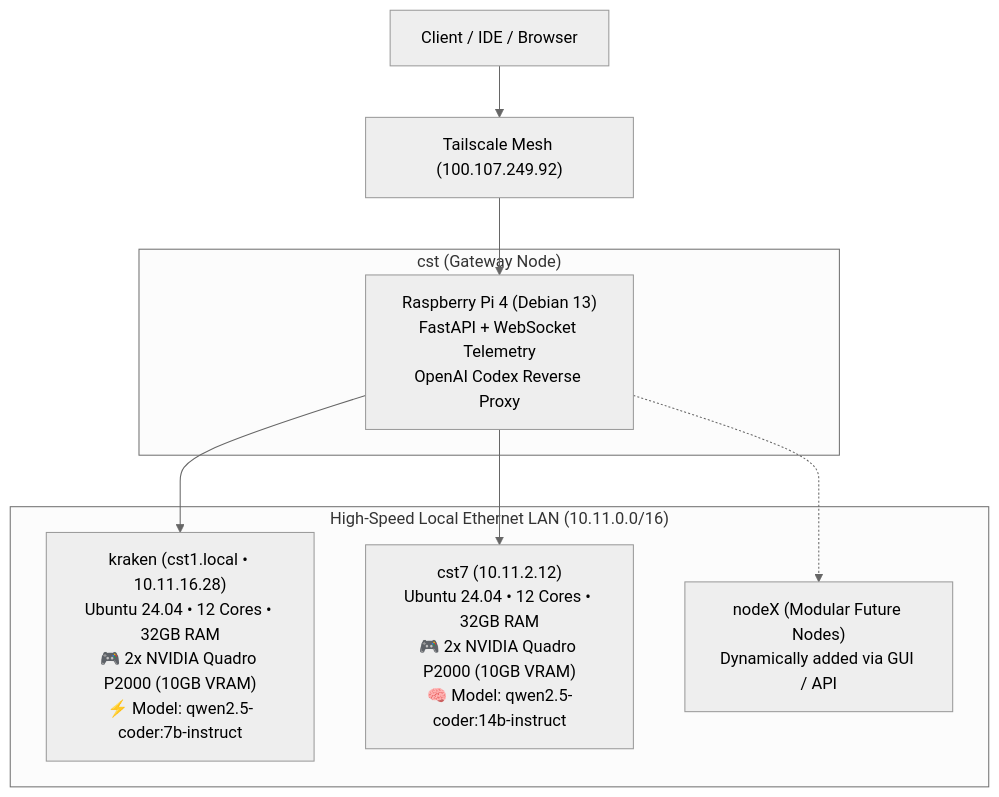
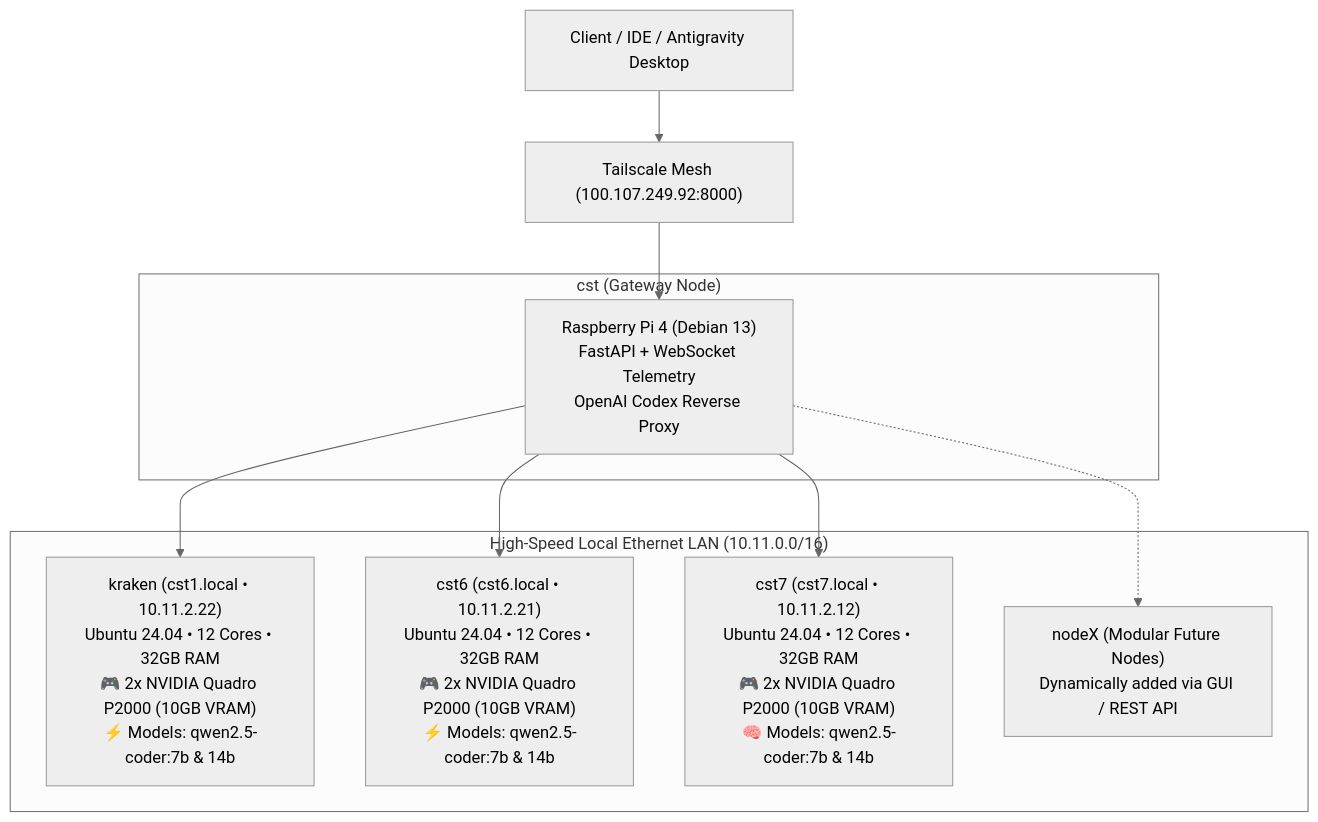
Before and after one commit to EchoedDestiny428/courtesy: the diagram in README.md, drawn with Mermaid (neutral theme). The commit also changed other lines of this file and 8 other files, not shown here.

Commit message:
feat: Add Antigravity IDE workbench, link 6-GPU cluster (kraken, cst6, cst7), and configure Qwen 2.5 Coder 7B/14B

````diff
--- a/README.md
+++ b/README.md
@@ -9,21 +9,23 @@
 ```mermaid
 graph TD
-    Client["Client / IDE / Browser"]
-    Tailscale["Tailscale Mesh (100.107.249.92)"]
+    Client["Client / IDE / Antigravity Desktop"]
+    Tailscale["Tailscale Mesh (100.107.249.92:8000)"]
     
     subgraph Gateway ["cst (Gateway Node)"]
         Pi["Raspberry Pi 4 (Debian 13)<br>FastAPI + WebSocket Telemetry<br>OpenAI Codex Reverse Proxy"]
     end
 
     subgraph Cluster ["High-Speed Local Ethernet LAN (10.11.0.0/16)"]
-        Kraken["kraken (cst1.local • 10.11.16.28)<br>Ubuntu 24.04 • 12 Cores • 32GB RAM<br>🎮 2x NVIDIA Quadro P2000 (10GB VRAM)<br>⚡ Model: qwen2.5-coder:7b-instruct"]
-        CST7["cst7 (10.11.2.12)<br>Ubuntu 24.04 • 12 Cores • 32GB RAM<br>🎮 2x NVIDIA Quadro P2000 (10GB VRAM)<br>🧠 Model: qwen2.5-coder:14b-instruct"]
-        NewNode["nodeX (Modular Future Nodes)<br>Dynamically added via GUI / API"]
+        Kraken["kraken (cst1.local • 10.11.2.22)<br>Ubuntu 24.04 • 12 Cores • 32GB RAM<br>🎮 2x NVIDIA Quadro P2000 (10GB VRAM)<br>⚡ Models: qwen2.5-coder:7b & 14b"]
+        CST6["cst6 (cst6.local • 10.11.2.21)<br>Ubuntu 24.04 • 12 Cores • 32GB RAM<br>🎮 2x NVIDIA Quadro P2000 (10GB VRAM)<br>⚡ Models: qwen2.5-coder:7b & 14b"]
+        CST7["cst7 (cst7.local • 10.11.2.12)<br>Ubuntu 24.04 • 12 Cores • 32GB RAM<br>🎮 2x NVIDIA Quadro P2000 (10GB VRAM)<br>🧠 Models: qwen2.5-coder:7b & 14b"]
+        NewNode["nodeX (Modular Future Nodes)<br>Dynamically added via GUI / REST API"]
     end
 
     Client --> Tailscale
     Tailscale --> Pi
     Pi --> Kraken
+    Pi --> CST6
     Pi --> CST7
     Pi -.-> NewNode
 ```
````
